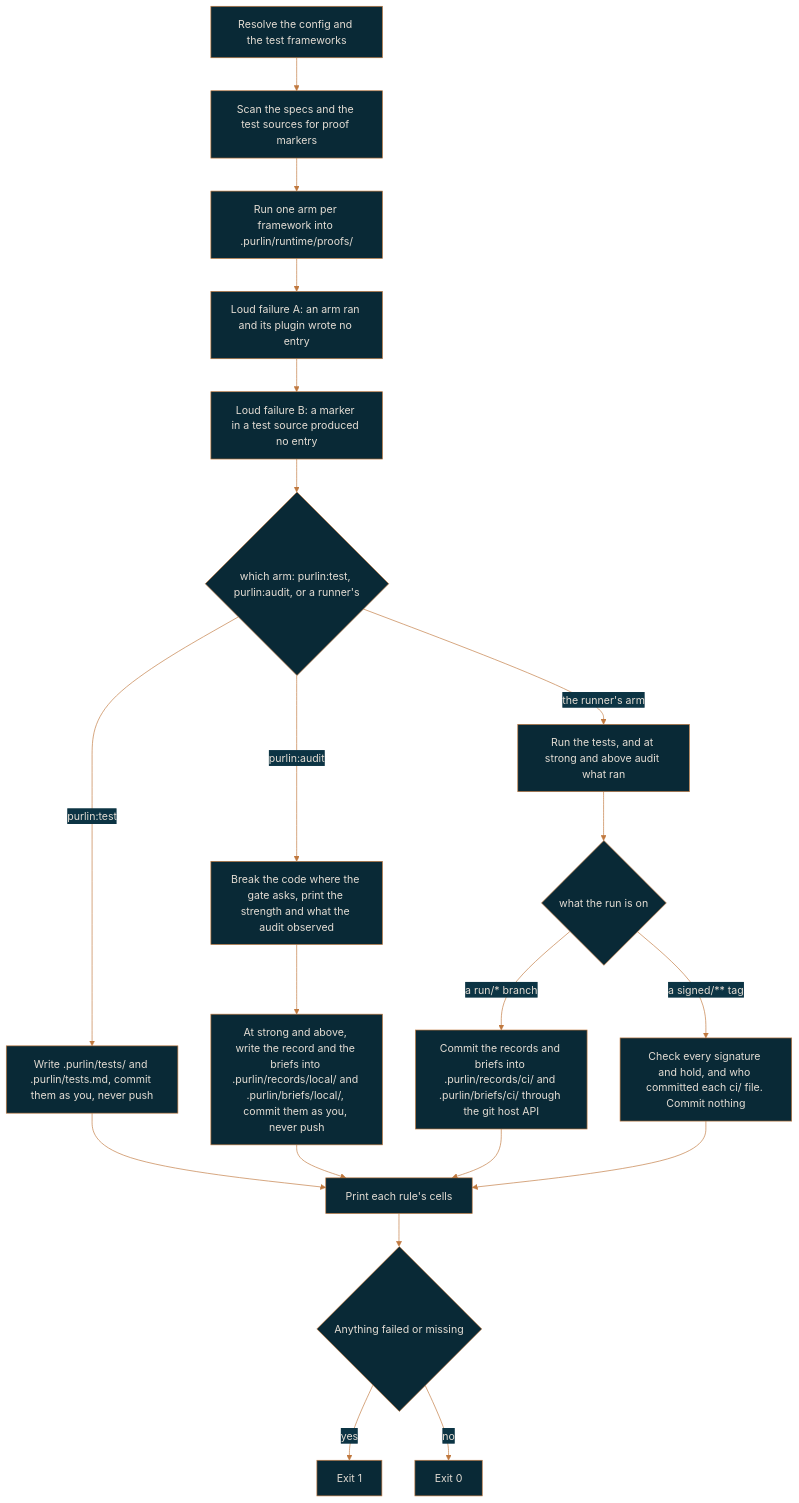
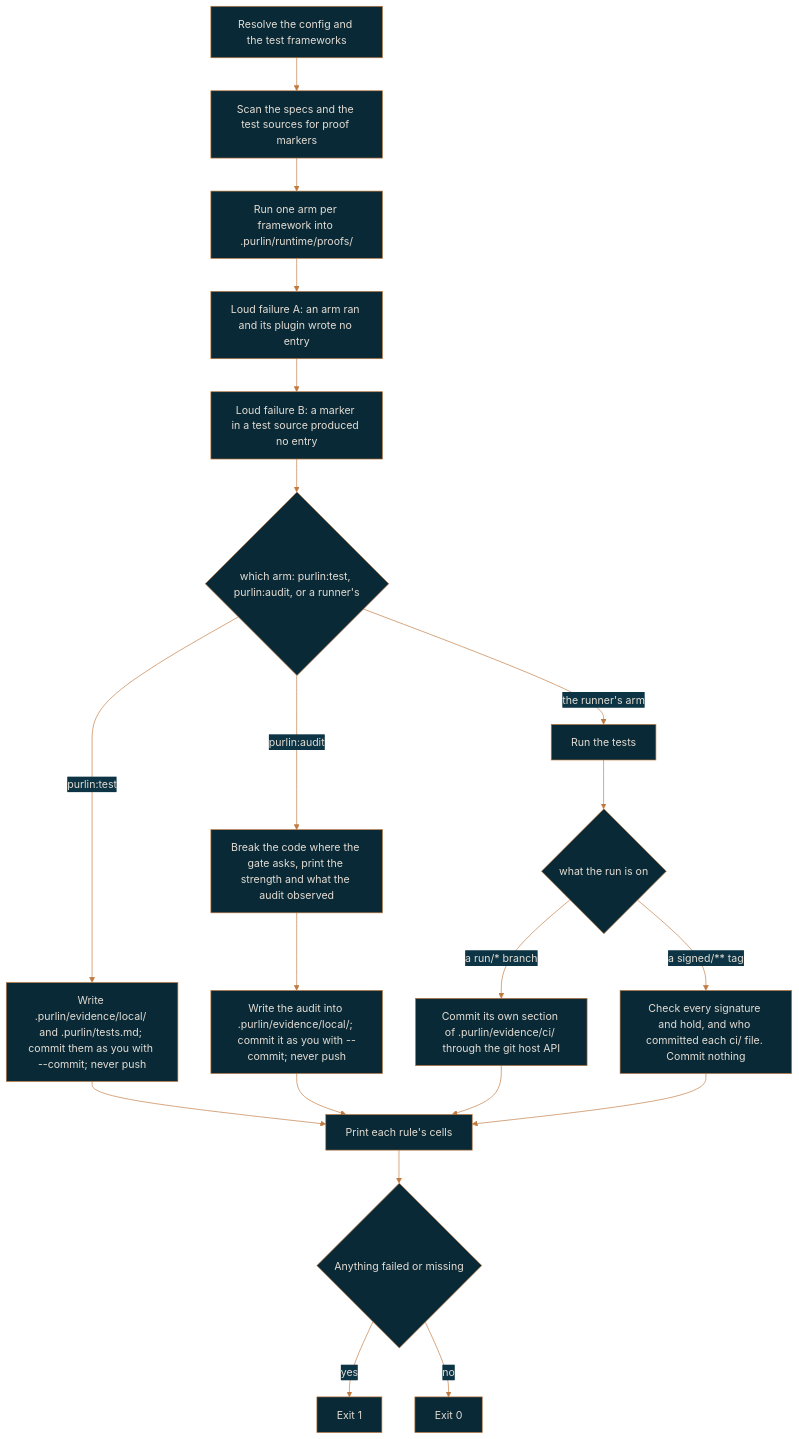
The diagram in docs/running-and-records.md (rlabarca/purlin), drawn with Mermaid before and after one commit. The commit also changed other lines of this file and 13 other files, not shown here.

First line of the commit message:
docs: the pages name the evidence file, its commit and --commit

````diff
--- a/docs/running-and-records.md
+++ b/docs/running-and-records.md
@@ -103,23 +106,23 @@
 ```mermaid
 %%{init: {"theme": "base", "themeVariables": {"background": "#0C3444", "primaryColor": "#092936", "primaryTextColor": "#E4DDD4", "primaryBorderColor": "#C0793F", "lineColor": "#C0793F", "secondaryColor": "#0C3444", "tertiaryColor": "#092936", "fontFamily": "Arial", "textColor": "#E4DDD4"}}}%%
 flowchart TD
   A[Resolve the config and the test frameworks] --> B[Scan the specs and the test sources for proof markers]
   B --> C[Run one arm per framework into .purlin/runtime/proofs/]
   C --> D[Loud failure A: an arm ran and its plugin wrote no entry]
   D --> E[Loud failure B: a marker in a test source produced no entry]
   E --> F{"which arm: purlin:test, purlin:audit, or a runner's"}
-  F -- "purlin:test" --> T1["Write .purlin/tests/ and .purlin/tests.md, commit them as you, never push"]
+  F -- "purlin:test" --> T1["Write .purlin/evidence/local/ and .purlin/tests.md; commit them as you with --commit; never push"]
   F -- "purlin:audit" --> A1["Break the code where the gate asks, print the strength and what the audit observed"]
-  A1 --> A2["At strong and above, write the record and the briefs into .purlin/records/local/ and .purlin/briefs/local/, commit them as you, never push"]
-  F -- "the runner's arm" --> H["Run the tests, and at strong and above audit what ran"]
+  A1 --> A2["Write the audit into .purlin/evidence/local/; commit it as you with --commit; never push"]
+  F -- "the runner's arm" --> H["Run the tests"]
   H --> Ci{"what the run is on"}
-  Ci -->|"a run/* branch"| I2["Commit the records and briefs into .purlin/records/ci/ and .purlin/briefs/ci/ through the git host API"]
+  Ci -->|"a run/* branch"| I2["Commit its own section of .purlin/evidence/ci/ through the git host API"]
   Ci -->|"a signed/** tag"| I3["Check every signature and hold, and who committed each ci/ file. Commit nothing"]
   T1 --> G["Print each rule's cells"]
   A2 --> G
   I2 --> G
   I3 --> G
   G --> J{Anything failed or missing}
   J -- yes --> K[Exit 1]
   J -- no --> L[Exit 0]
 ```
````
